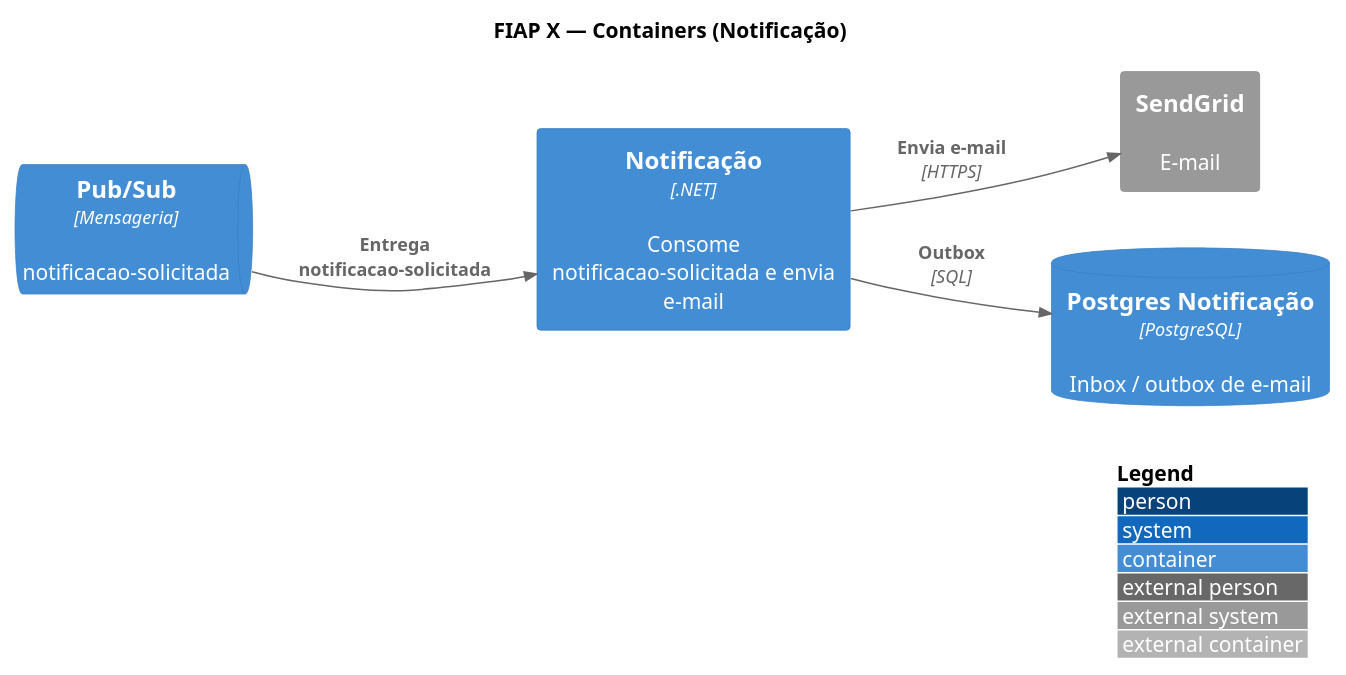
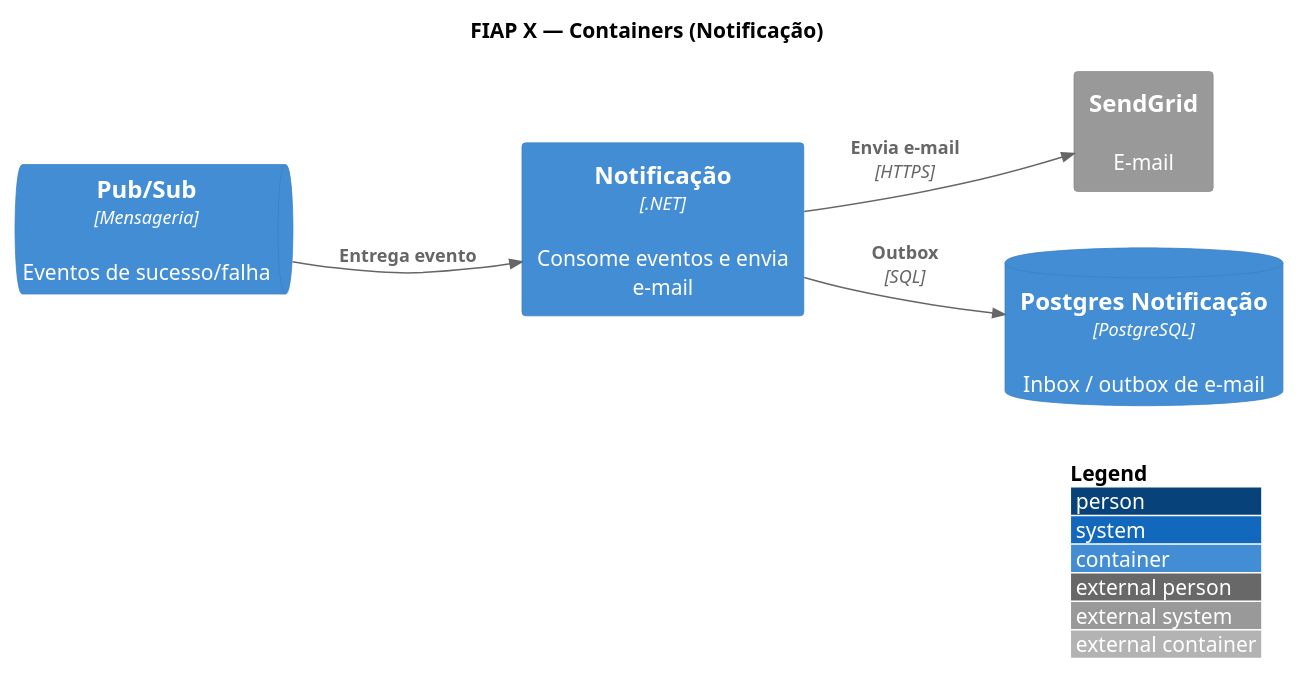
Before and after one commit to fiap-x-vcosta/docs: the diagram in arquitetura/05_containers-notificacao.puml, drawn with PlantUML. The commit also changed 15 other files, not shown here.

Commit message:
docs: um publicador por tópico; Notificação assina eventos de domínio

```diff
--- a/arquitetura/05_containers-notificacao.puml
+++ b/arquitetura/05_containers-notificacao.puml
@@ -1,22 +1,22 @@
 @startuml 05_containers-notificacao
 !include https://raw.githubusercontent.com/plantuml-stdlib/C4-PlantUML/master/C4_Container.puml
 
 LAYOUT_WITH_LEGEND()
 LAYOUT_LEFT_RIGHT()
 
 title FIAP X — Containers (Notificação)
 
-ContainerQueue(pubsub, "Pub/Sub", "Mensageria", "notificacao-solicitada")
-Container(notif, "Notificação", ".NET", "Consome notificacao-solicitada e envia e-mail")
+ContainerQueue(pubsub, "Pub/Sub", "Mensageria", "Eventos de sucesso/falha")
+Container(notif, "Notificação", ".NET", "Consome eventos e envia e-mail")
 ContainerDb(pgNotif, "Postgres Notificação", "PostgreSQL", "Inbox / outbox de e-mail")
 System_Ext(sendgrid, "SendGrid", "E-mail")
 
-Rel(pubsub, notif, "Entrega notificacao-solicitada")
+Rel(pubsub, notif, "Entrega evento")
 Rel(notif, pgNotif, "Outbox", "SQL")
 Rel(notif, sendgrid, "Envia e-mail", "HTTPS")
 
 Lay_R(pubsub, notif)
 Lay_R(notif, sendgrid)
 Lay_D(notif, pgNotif)
 
 @enduml
```
